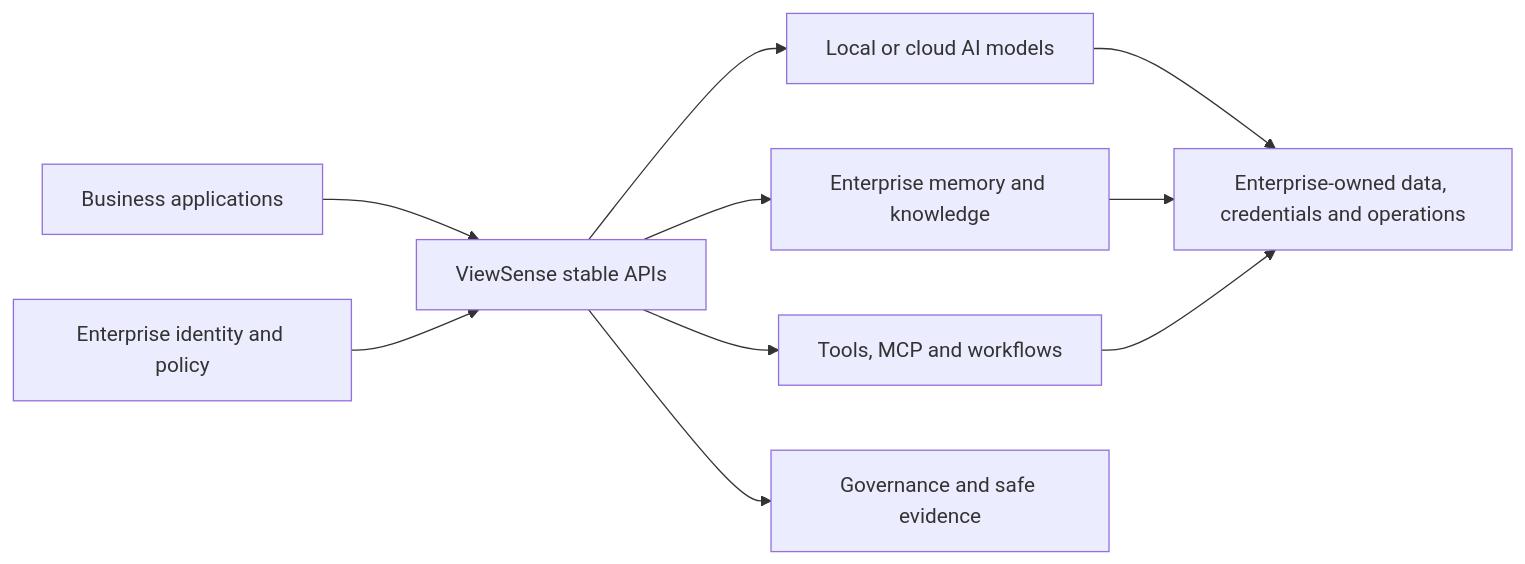
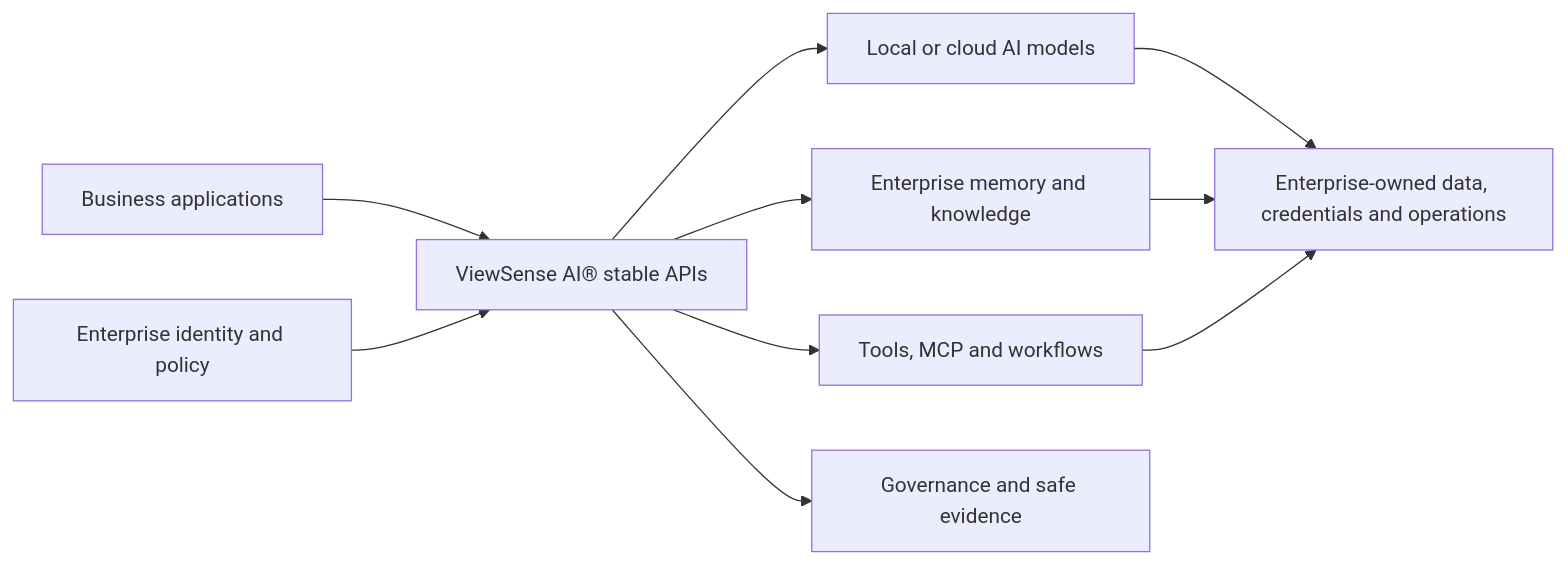
One commit to diaryfolio/aiops-fabric changed the diagram in README.md. Above: the diagram before and after it, drawn with Mermaid. The commit also changed other lines of this file and 83 other files, not shown here.

````diff
--- a/README.md
+++ b/README.md
@@ -7,10 +7,10 @@
 ```mermaid
 flowchart LR
-    Apps["Business applications"] --> ViewSense["ViewSense stable APIs"]
-    ViewSense --> Models["Local or cloud AI models"]
-    ViewSense --> Memory["Enterprise memory and knowledge"]
-    ViewSense --> Tools["Tools, MCP and workflows"]
-    Identity["Enterprise identity and policy"] --> ViewSense
-    ViewSense --> Evidence["Governance and safe evidence"]
+    Apps["Business applications"] --> VS["ViewSense AI® stable APIs"]
+    VS --> Models["Local or cloud AI models"]
+    VS --> Memory["Enterprise memory and knowledge"]
+    VS --> Tools["Tools, MCP and workflows"]
+    Identity["Enterprise identity and policy"] --> VS
+    VS --> Evidence["Governance and safe evidence"]
     Models & Memory & Tools --> Control["Enterprise-owned data, credentials and operations"]
 ```
````
